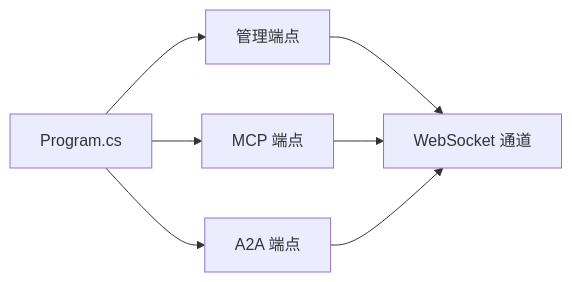
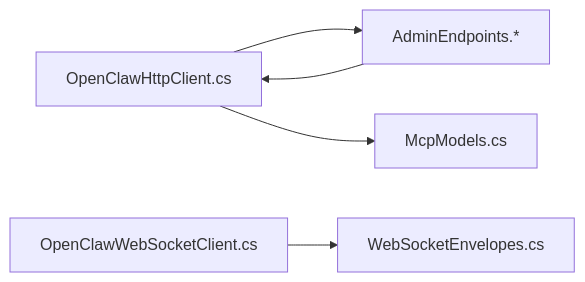
Before and after one commit to wayyet/kingcrab: the sixth of 6 diagrams in .qoder/repowiki/zh/content/API 参考/API 参考.md, drawn with Mermaid. The commit also changed other lines of this file and 431 other files, not shown here.

````diff
--- a/.qoder/repowiki/zh/content/API 参考/API 参考.md
+++ b/.qoder/repowiki/zh/content/API 参考/API 参考.md
@@ -245,9 +306,7 @@
 ```mermaid
 graph LR
-Program["Program.cs"] --> Endpoints["管理端点"]
-Program --> MCP["MCP 端点"]
-Program --> A2A["A2A 端点"]
-Endpoints --> WS["WebSocket 通道"]
-MCP --> WS
-A2A --> WS
+HC["OpenClawHttpClient.cs"] --> AE["AdminEndpoints.*"]
+WS["OpenClawWebSocketClient.cs"] --> WSE["WebSocketEnvelopes.cs"]
+HC --> MCM["McpModels.cs"]
+AE --> HC
 ```
````
